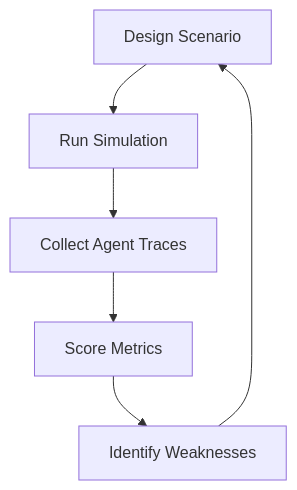
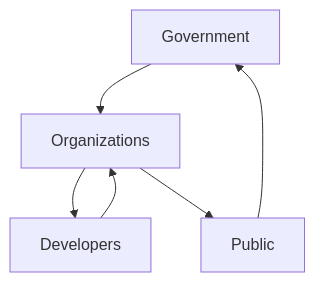
The third of 4 diagrams in docusaurus/docs/part-3/chapter-10.md (m-rizqinovniari/agentic-handbook), drawn with Mermaid before and after one commit. The commit also changed other lines of this file and 19 other files, not shown here.

````diff
--- a/docusaurus/docs/part-3/chapter-10.md
+++ b/docusaurus/docs/part-3/chapter-10.md
@@ -195,8 +275,13 @@
 ```mermaid
-flowchart TD
-    A[Design Scenario] --> B[Run Simulation]
-    B --> C[Collect Agent Traces]
-    C --> D[Score Metrics]
-    D --> E[Identify Weaknesses]
-    E --> A
+graph TD
+    Gov[Government]
+    Org[Organizations]
+    Dev[Developers]
+    Public[Public]
+
+    Gov --> Org
+    Org --> Dev
+    Dev --> Org
+    Org --> Public
+    Public --> Gov
 ```
````
